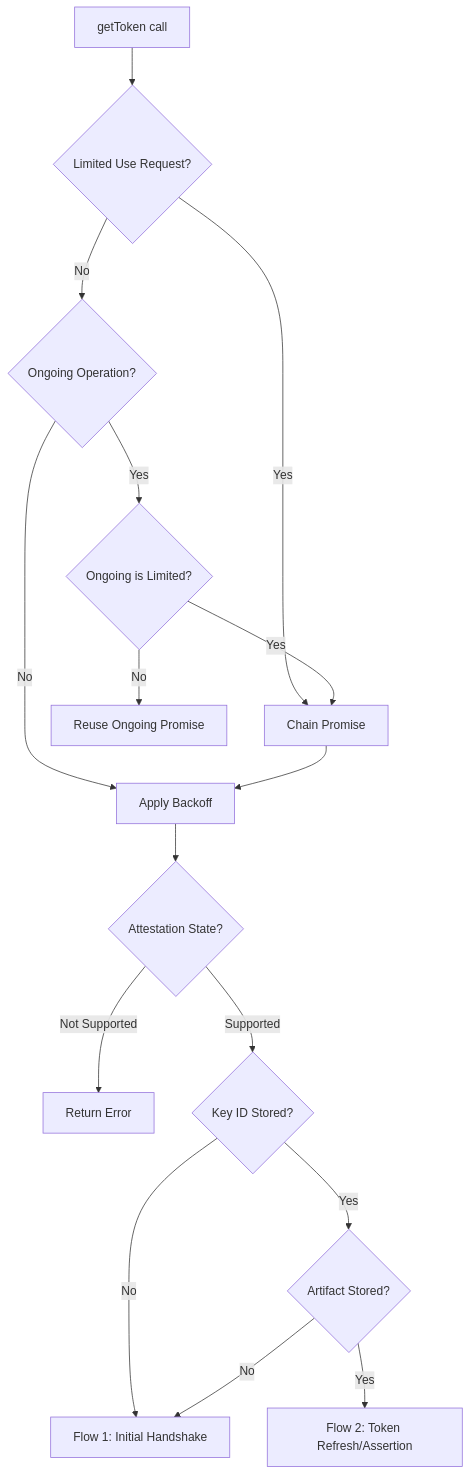
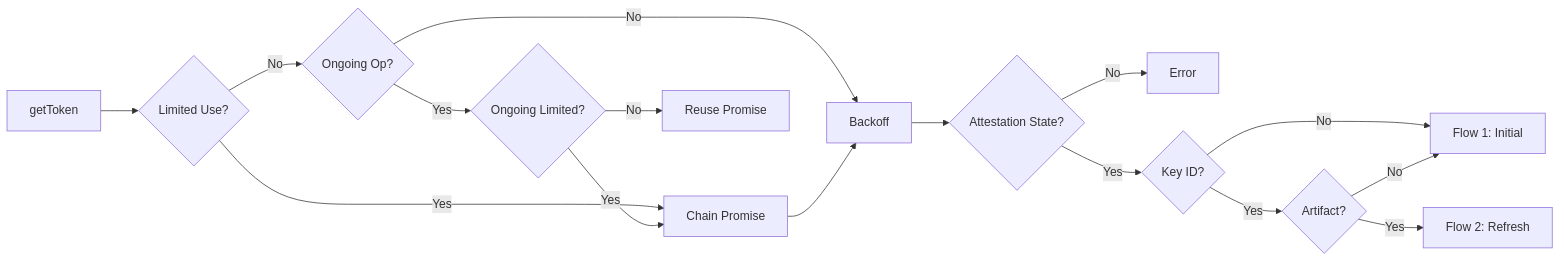
The first of 4 diagrams in docs/providers/app-attest.md (google/app-check), drawn with Mermaid before and after one commit.

````diff
--- a/docs/providers/app-attest.md
+++ b/docs/providers/app-attest.md
@@ -31,27 +31,27 @@
 ```mermaid
-flowchart TD
-    Start[getToken call] --> CheckUse{Limited Use Request?}
+flowchart LR
+    Start[getToken] --> CheckUse{Limited Use?}
     
     CheckUse -- Yes --> Chain[Chain Promise]
-    CheckUse -- No --> Coalesce{Ongoing Operation?}
+    CheckUse -- No --> Coalesce{Ongoing Op?}
     
-    Coalesce -- No --> Backoff[Apply Backoff]
-    Coalesce -- Yes --> CheckOngoing{Ongoing is Limited?}
+    Coalesce -- No --> Backoff[Backoff]
+    Coalesce -- Yes --> CheckOngoing{Ongoing Limited?}
     
     CheckOngoing -- Yes --> Chain
-    CheckOngoing -- No --> Reuse[Reuse Ongoing Promise]
+    CheckOngoing -- No --> Reuse[Reuse Promise]
     
     Chain --> Backoff
     
     Backoff --> StateCheck{Attestation State?}
     
-    StateCheck -->|Not Supported| Error[Return Error]
+    StateCheck -->|No| Error[Error]
     
-    StateCheck -->|Supported| KeyCheck{Key ID Stored?}
+    StateCheck -->|Yes| KeyCheck{Key ID?}
     
-    KeyCheck -- No --> Flow1[Flow 1: Initial Handshake]
-    KeyCheck -- Yes --> ArtifactCheck{Artifact Stored?}
+    KeyCheck -- No --> Flow1[Flow 1: Initial]
+    KeyCheck -- Yes --> ArtifactCheck{Artifact?}
     
     ArtifactCheck -- No --> Flow1
-    ArtifactCheck -- Yes --> Flow2[Flow 2: Token Refresh/Assertion]
+    ArtifactCheck -- Yes --> Flow2[Flow 2: Refresh]
 ```
````
